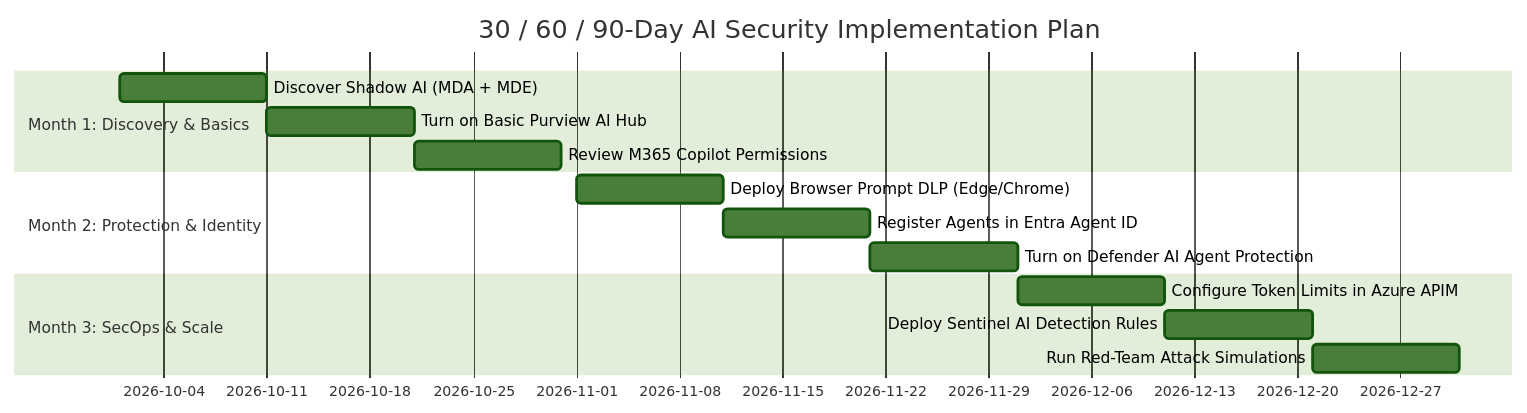
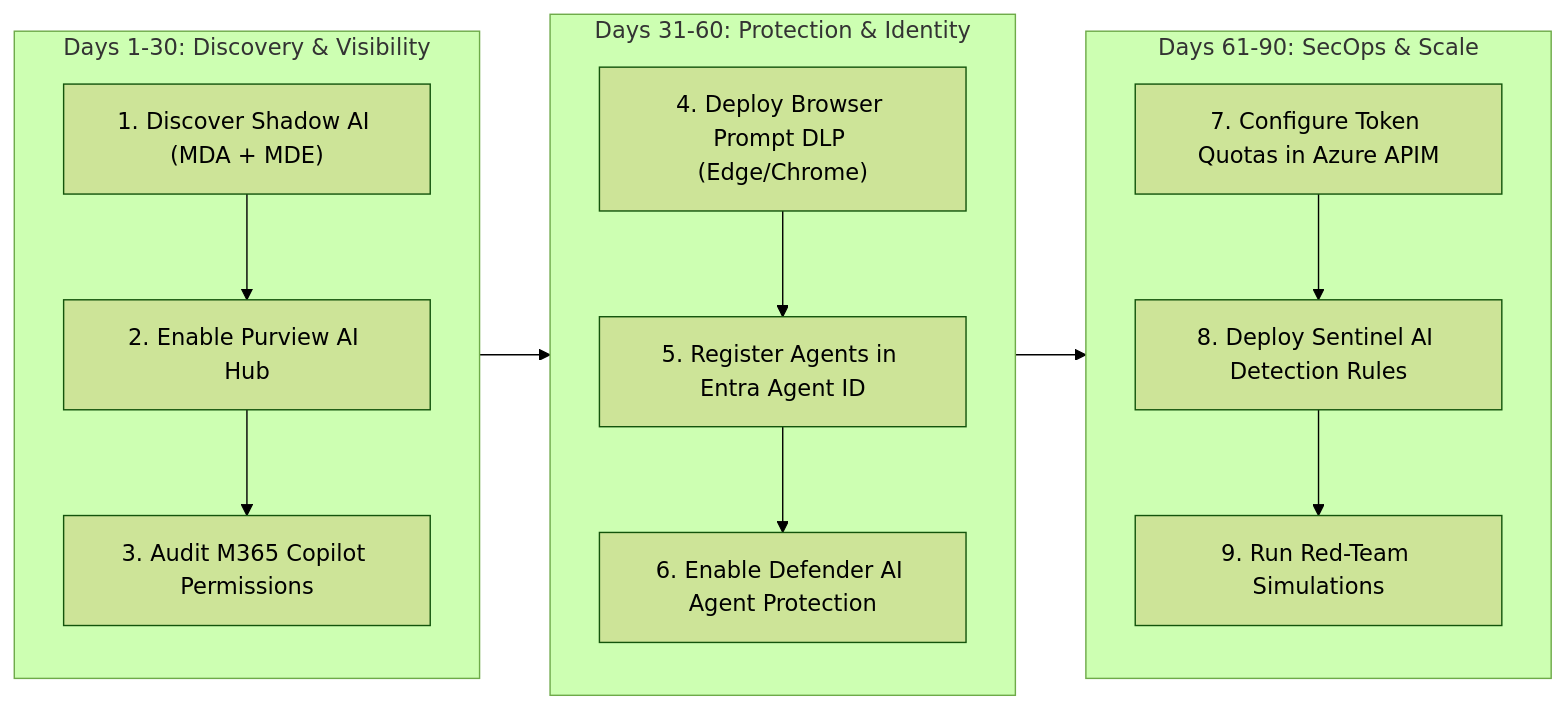
Before and after one commit to 86sunbot/fde-lab: the eighth of 8 diagrams in microsoft_vs_crowdstrike_ai_dr_guide.md, drawn with Mermaid (forest theme). The commit also changed other lines of this file and 1 other file, not shown here.

Commit message:
docs: fix Mermaid rendering, diagram count, and code-to-doc alignment in README and AI/DR guide

````diff
--- a/microsoft_vs_crowdstrike_ai_dr_guide.md
+++ b/microsoft_vs_crowdstrike_ai_dr_guide.md
@@ -425,17 +426,16 @@
 ```mermaid
-gantt
-    title 30 / 60 / 90-Day AI Security Implementation Plan
-    dateFormat  YYYY-MM-DD
-    section Month 1: Discovery & Basics
-    Discover Shadow AI (MDA + MDE)           :m1_1, 2026-10-01, 10d
-    Turn on Basic Purview AI Hub             :m1_2, after m1_1, 10d
-    Review M365 Copilot Permissions          :m1_3, after m1_2, 10d
-    section Month 2: Protection & Identity
-    Deploy Browser Prompt DLP (Edge/Chrome)  :m2_1, 2026-11-01, 10d
-    Register Agents in Entra Agent ID        :m2_2, after m2_1, 10d
-    Turn on Defender AI Agent Protection     :m2_3, after m2_2, 10d
-    section Month 3: SecOps & Scale
-    Configure Token Limits in Azure APIM     :m3_1, 2026-12-01, 10d
-    Deploy Sentinel AI Detection Rules       :m3_2, after m3_1, 10d
-    Run Red-Team Attack Simulations          :m3_3, after m3_2, 10d
+flowchart LR
+    subgraph M1 ["Days 1-30: Discovery & Visibility"]
+        A1["1. Discover Shadow AI (MDA + MDE)"] --> A2["2. Enable Purview AI Hub"] --> A3["3. Audit M365 Copilot Permissions"]
+    end
+
+    subgraph M2 ["Days 31-60: Protection & Identity"]
+        B1["4. Deploy Browser Prompt DLP (Edge/Chrome)"] --> B2["5. Register Agents in Entra Agent ID"] --> B3["6. Enable Defender AI Agent Protection"]
+    end
+
+    subgraph M3 ["Days 61-90: SecOps & Scale"]
+        C1["7. Configure Token Quotas in Azure APIM"] --> C2["8. Deploy Sentinel AI Detection Rules"] --> C3["9. Run Red-Team Simulations"]
+    end
+
+    M1 --> M2 --> M3
 ```
````
